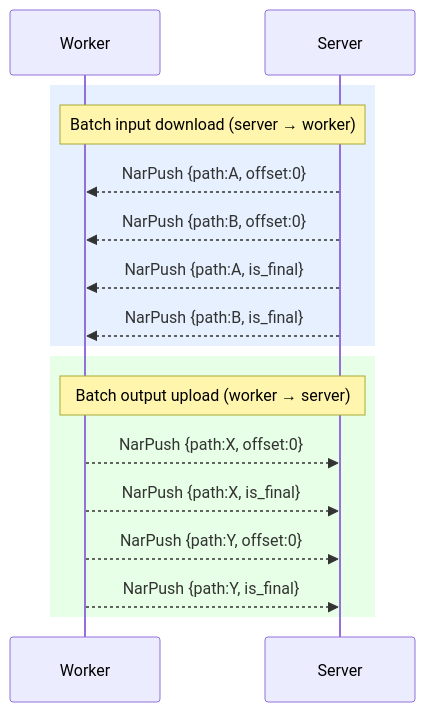
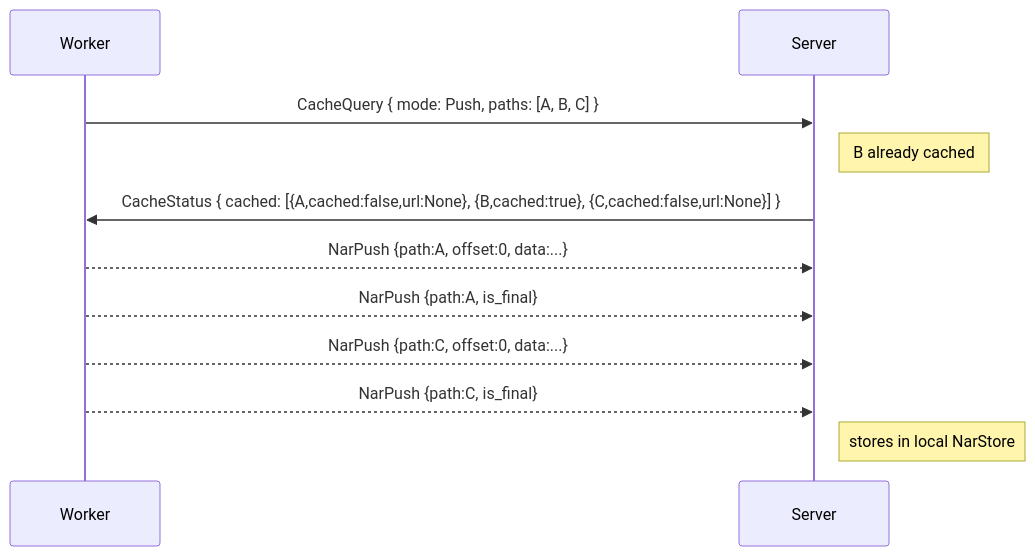
Diagram 15 of 23 in docs/src/development/proto.md (wavelens/gradient), drawn with Mermaid before and after one commit. The commit also changed other lines of this file and 28 other files, not shown here.

Commit message:
backend: add CachedQuery Mode

````diff
--- a/docs/src/development/proto.md
+++ b/docs/src/development/proto.md
@@ -748,21 +802,14 @@
 ```mermaid
 sequenceDiagram
     participant W as Worker
     participant S as Server
 
-    rect rgb(230, 240, 255)
-    Note over W,S: Batch input download (server → worker)
-    S-->>W: NarPush {path:A, offset:0}
-    S-->>W: NarPush {path:B, offset:0}
-    S-->>W: NarPush {path:A, is_final}
-    S-->>W: NarPush {path:B, is_final}
-    end
-
-    rect rgb(230, 255, 230)
-    Note over W,S: Batch output upload (worker → server)
-    W-->>S: NarPush {path:X, offset:0}
-    W-->>S: NarPush {path:X, is_final}
-    W-->>S: NarPush {path:Y, offset:0}
-    W-->>S: NarPush {path:Y, is_final}
-    end
+    W->>S: CacheQuery { mode: Push, paths: [A, B, C] }
+    Note right of S: B already cached
+    S->>W: CacheStatus { cached: [{A,cached:false,url:None}, {B,cached:true}, {C,cached:false,url:None}] }
+    W-->>S: NarPush {path:A, offset:0, data:...}
+    W-->>S: NarPush {path:A, is_final}
+    W-->>S: NarPush {path:C, offset:0, data:...}
+    W-->>S: NarPush {path:C, is_final}
+    Note right of S: stores in local NarStore
 ```
````
